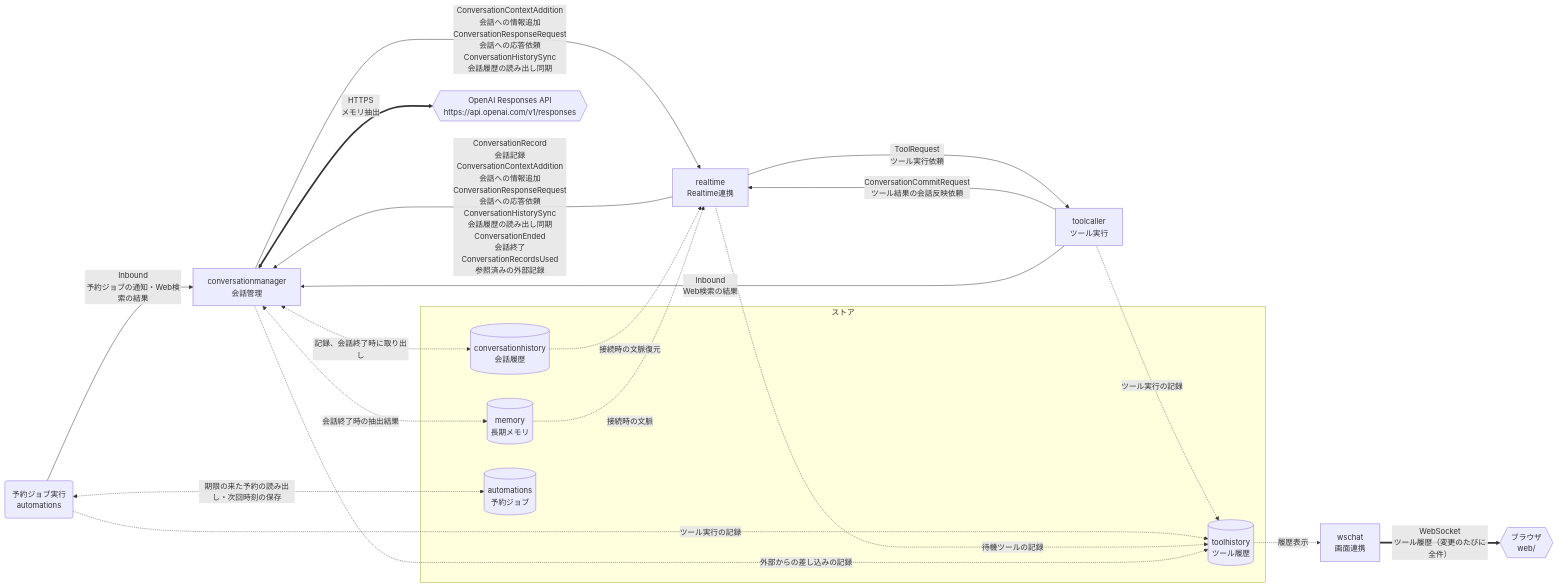
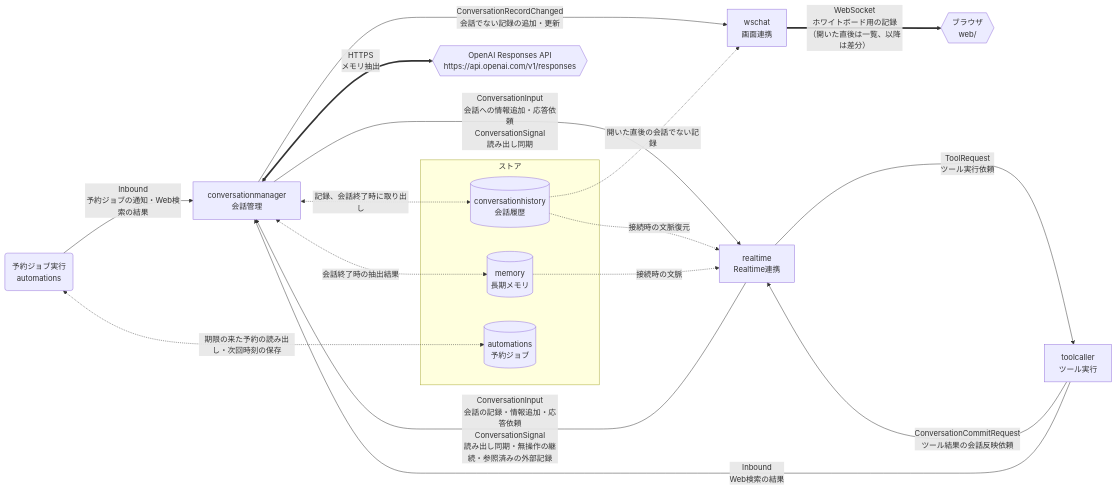
One commit to tetetratra/smart-speaker changed the second of 3 diagrams in README.md. Above: the diagram before and after it, drawn with Mermaid. The commit also changed other lines of this file and 31 other files, not shown here.

````diff
--- a/README.md
+++ b/README.md
@@ -121,36 +121,32 @@
 ```mermaid
 flowchart LR
     manager["conversationmanager<br/>会話管理"]
     openaiResponses{{"OpenAI Responses API<br/>https://api.openai.com/v1/responses"}}
     rt["realtime<br/>Realtime連携"]
     tool["toolcaller<br/>ツール実行"]
     scheduler("予約ジョブ実行<br/>automations")
     chat["wschat<br/>画面連携"]
     browser{{"ブラウザ<br/>web/"}}
 
     subgraph g0["ストア"]
         historyStore[("conversationhistory<br/>会話履歴")]
         memoryStore[("memory<br/>長期メモリ")]
-        toolHistoryStore[("toolhistory<br/>ツール履歴")]
         automationStore[("automations<br/>予約ジョブ")]
     end
 
     manager <==>|"HTTPS<br/>メモリ抽出"| openaiResponses
-    rt -->|"ConversationRecord<br/>会話記録<br/>ConversationContextAddition<br/>会話への情報追加<br/>ConversationResponseRequest<br/>会話への応答依頼<br/>ConversationHistorySync<br/>会話履歴の読み出し同期<br/>ConversationEnded<br/>会話終了<br/>ConversationRecordsUsed<br/>参照済みの外部記録"| manager
-    manager --->|"ConversationContextAddition<br/>会話への情報追加<br/>ConversationResponseRequest<br/>会話への応答依頼<br/>ConversationHistorySync<br/>会話履歴の読み出し同期"| rt
+    rt -->|"ConversationInput<br/>会話の記録・情報追加・応答依頼<br/>ConversationSignal<br/>読み出し同期・無操作の継続・参照済みの外部記録"| manager
+    manager --->|"ConversationInput<br/>会話への情報追加・応答依頼<br/>ConversationSignal<br/>読み出し同期"| rt
     rt -->|"ToolRequest<br/>ツール実行依頼"| tool
     tool --->|"ConversationCommitRequest<br/>ツール結果の会話反映依頼"| rt
     scheduler -->|"Inbound<br/>予約ジョブの通知・Web検索の結果"| manager
     tool -->|"Inbound<br/>Web検索の結果"| manager
     manager <-.->|"記録、会話終了時に取り出し"| historyStore
     historyStore -.->|"接続時の文脈復元"| rt
     memoryStore -.->|"接続時の文脈"| rt
     manager <-.->|"会話終了時の抽出結果"| memoryStore
-    tool -.->|"ツール実行の記録"| toolHistoryStore
-    scheduler -.->|"ツール実行の記録"| toolHistoryStore
-    rt -.->|"待機ツールの記録"| toolHistoryStore
-    manager -.->|"外部からの差し込みの記録"| toolHistoryStore
-    toolHistoryStore -.->|"履歴表示"| chat
-    chat ==>|"WebSocket<br/>ツール履歴（変更のたびに全件）"| browser
+    manager -->|"ConversationRecordChanged<br/>会話でない記録の追加・更新"| chat
+    historyStore -.->|"開いた直後の会話でない記録"| chat
+    chat ==>|"WebSocket<br/>ホワイトボード用の記録（開いた直後は一覧、以降は差分）"| browser
     scheduler <-.->|"期限の来た予約の読み出し・次回時刻の保存"| automationStore
 ```
````
